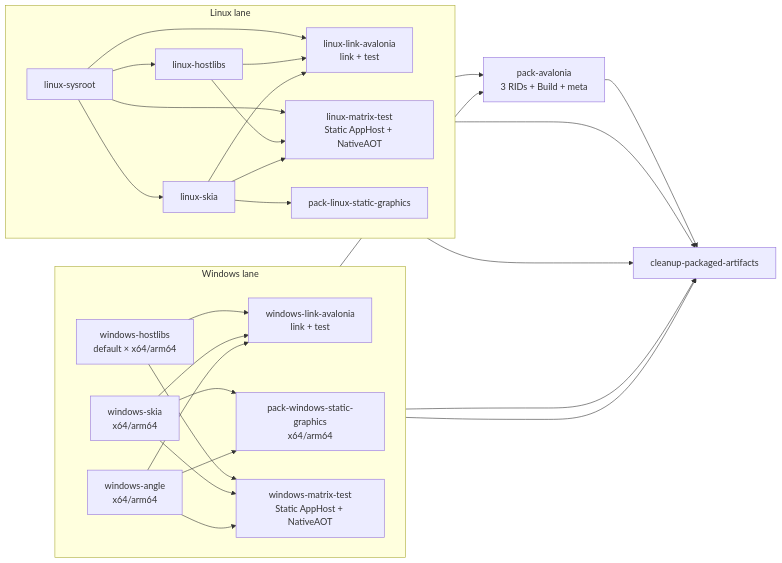
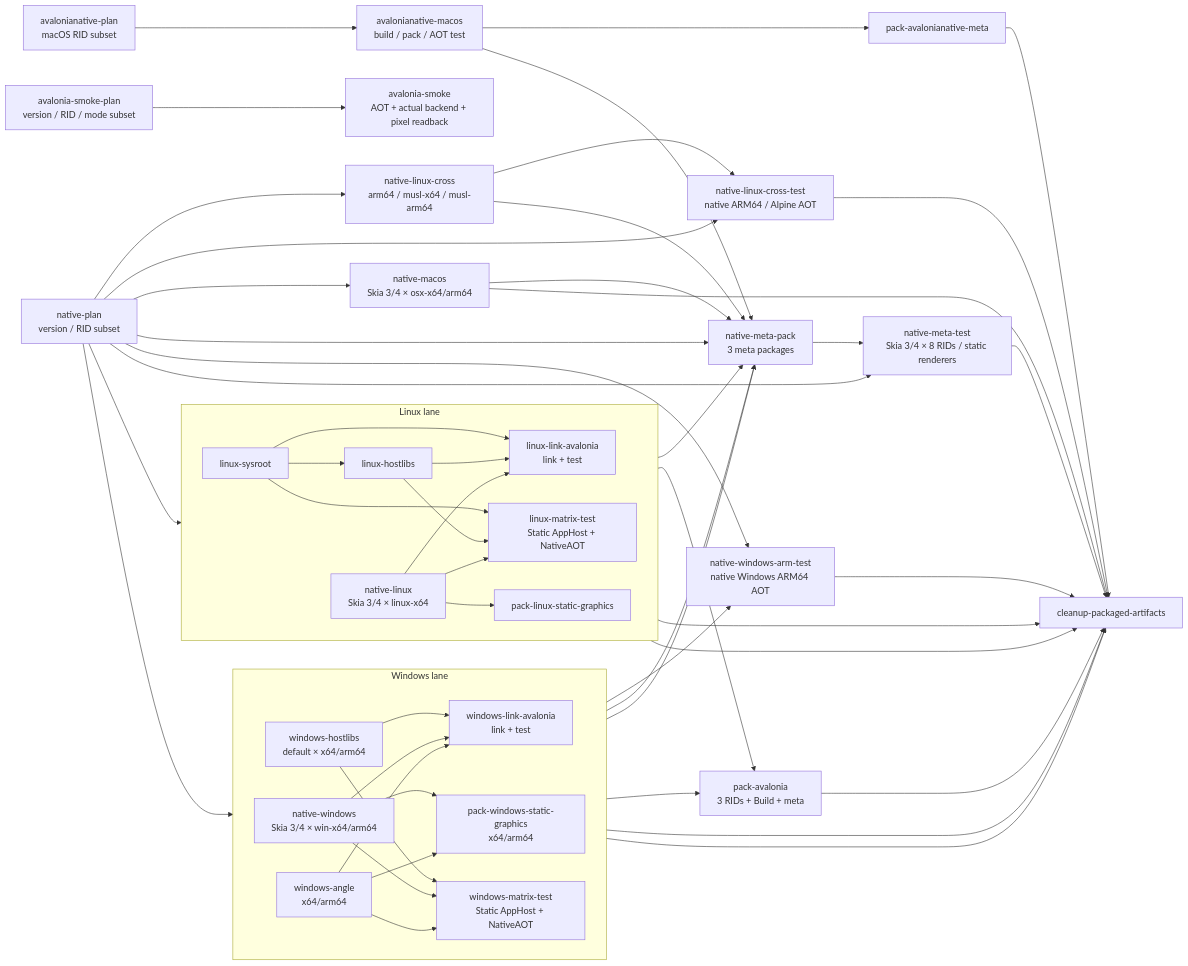
The diagram in DEVELOPMENT.md (chsbuffer/HostForge), drawn with Mermaid before and after one commit. The commit also changed other lines of this file and 10 other files, not shown here.

Commit message:
docs: document static graphics usage and builds

````diff
--- a/DEVELOPMENT.md
+++ b/DEVELOPMENT.md
@@ -211,52 +229,74 @@
 ```mermaid
 flowchart LR
+    ASP["avalonia-smoke-plan<br/>version / RID / mode subset"] --> AS["avalonia-smoke<br/>AOT + actual backend + pixel readback"]
+    ANP["avalonianative-plan<br/>macOS RID subset"] --> AN["avalonianative-macos<br/>build / pack / AOT test"]
+    AN --> ANM["pack-avalonianative-meta"]
+    ANM --> CLEAN
+    NP["native-plan<br/>version / RID subset"] --> NW["native-windows<br/>Skia 3/4 × win-x64/arm64"]
+    NP --> NL["native-linux<br/>Skia 3/4 × linux-x64"]
+    NP --> NLC["native-linux-cross<br/>arm64 / musl-x64 / musl-arm64"]
+    NP --> NLCT["native-linux-cross-test<br/>native ARM64 / Alpine AOT"]
+    NLC --> NLCT
+    NP --> NM["native-macos<br/>Skia 3/4 × osx-x64/arm64"]
+    NP --> NMP["native-meta-pack<br/>3 meta packages"]
+    NP --> NWAT
+    NW --> NWAT["native-windows-arm-test<br/>native Windows ARM64 AOT"]
+    NW --> NMP
+    NLC --> NMP
+    AN --> NMP
+    NL --> NMP
+    NM --> NMP
+    WA --> NMP
+    NP --> NMT["native-meta-test<br/>Skia 3/4 × 8 RIDs / static renderers"]
+    NMP --> NMT
     subgraph W["Windows lane"]
         direction LR
         WH["windows-hostlibs<br/>default × x64/arm64"]
-        WS["windows-skia<br/>x64/arm64"]
         WA["windows-angle<br/>x64/arm64"]
         WPG["pack-windows-static-graphics<br/>x64/arm64"]
         WLA["windows-link-avalonia<br/>link + test"]
         WM["windows-matrix-test<br/>Static AppHost + NativeAOT"]
 
         WH --> WLA
-        WS --> WLA
+        NW --> WLA
         WA --> WLA
-        WS --> WPG
+        NW --> WPG
         WA --> WPG
         WH --> WM
-        WS --> WM
+        NW --> WM
         WA --> WM
     end
 
     subgraph L["Linux lane"]
         direction LR
         LSY["linux-sysroot"]
         LH["linux-hostlibs"]
-        LS["linux-skia"]
         LPG["pack-linux-static-graphics"]
         LLA["linux-link-avalonia<br/>link + test"]
         LM["linux-matrix-test<br/>Static AppHost + NativeAOT"]
 
         LSY --> LH
-        LSY --> LS
         LSY --> LLA
         LSY --> LM
         LH --> LLA
-        LS --> LLA
-        LS --> LPG
+        NL --> LLA
+        NL --> LPG
         LH --> LM
-        LS --> LM
+        NL --> LM
     end
 
     PA["pack-avalonia<br/>3 RIDs + Build + meta"]
     CLEAN["cleanup-packaged-artifacts"]
+    NLCT --> CLEAN
 
     WLA --> PA
     LLA --> PA
     WPG --> CLEAN
     WM --> CLEAN
     LPG --> CLEAN
     LM --> CLEAN
     PA --> CLEAN
+    NMT --> CLEAN
+    NM --> CLEAN
+    NWAT --> CLEAN
 ```
````
